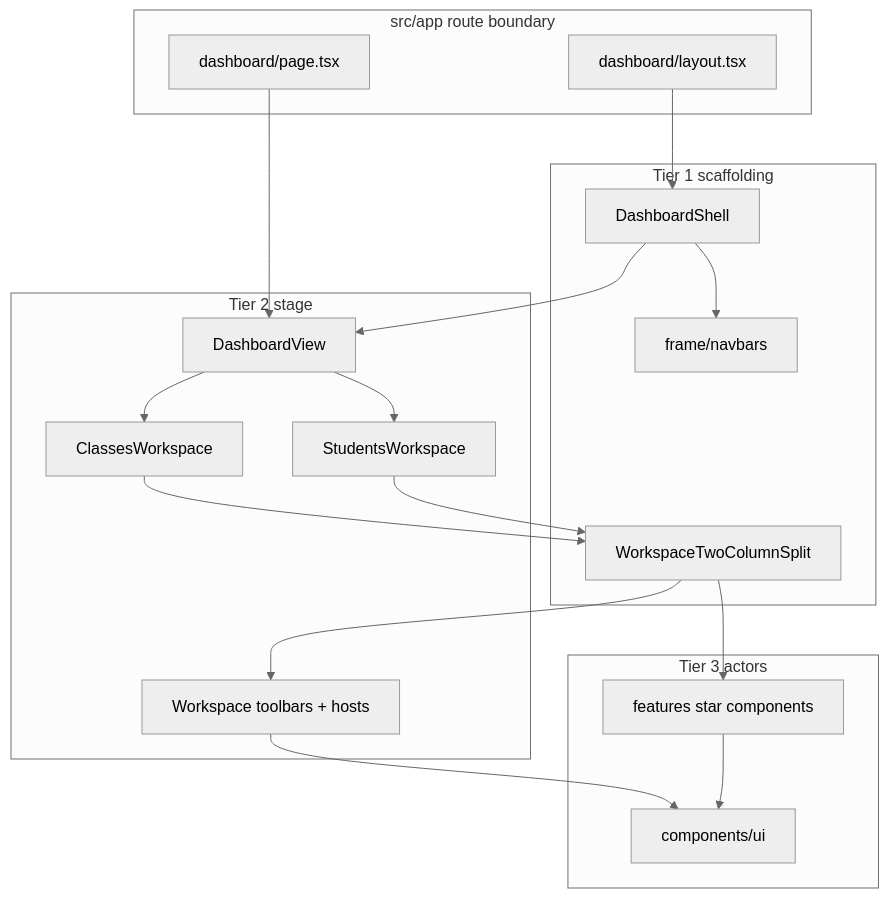
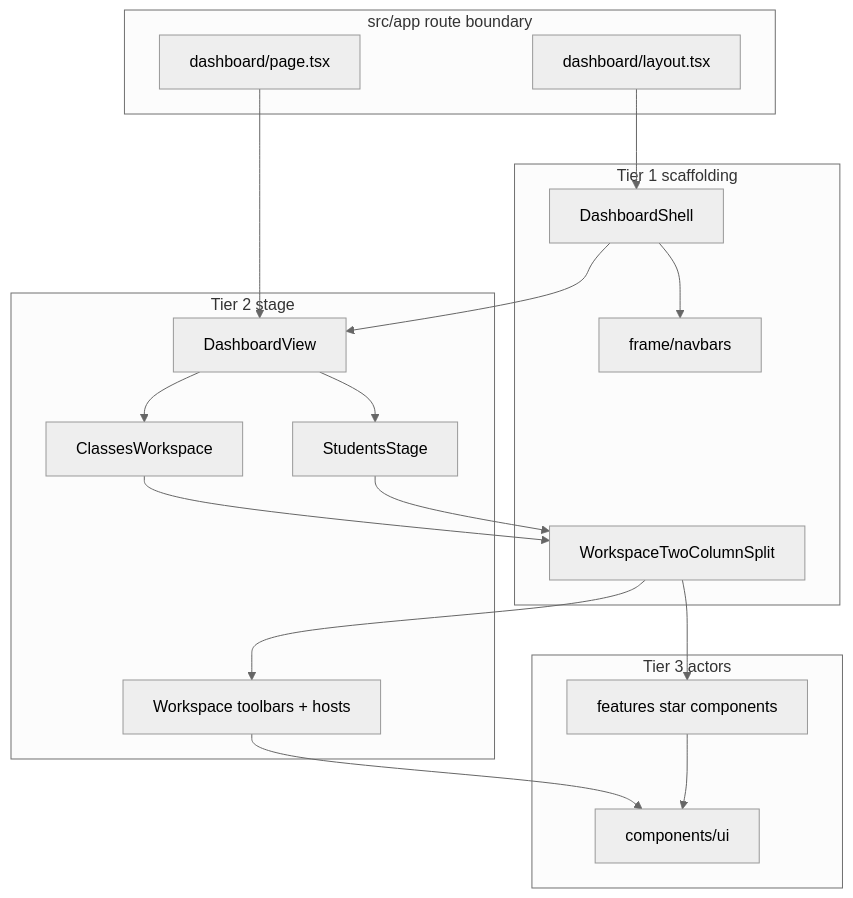
Before and after one commit to kisdreamteam/KIS-Points-V2-Live: the diagram in docs/visual-layer-map.md, drawn with Mermaid (neutral theme). The commit also changed other lines of this file and 14 other files, not shown here.

First line of the commit message:
refactor(students,seating): align stage and workspace naming

````diff
--- a/docs/visual-layer-map.md
+++ b/docs/visual-layer-map.md
@@ -32,34 +32,34 @@
 ```mermaid
 flowchart TD
   subgraph routes [src/app route boundary]
     DL[dashboard/layout.tsx]
     DP[dashboard/page.tsx]
   end
   subgraph t1 [Tier 1 scaffolding]
     DS[DashboardShell]
     FN[frame/navbars]
     W2[WorkspaceTwoColumnSplit]
   end
   subgraph t2 [Tier 2 stage]
     DV[DashboardView]
     CW[ClassesWorkspace]
-    SW[StudentsWorkspace]
+    SW[StudentsStage]
     TB[Workspace toolbars + hosts]
   end
   subgraph t3 [Tier 3 actors]
     UI[components/ui]
     FC[features star components]
   end
   DL --> DS
   DP --> DV
   DS --> FN
   DS --> DV
   DV --> CW
   DV --> SW
   CW --> W2
   SW --> W2
   W2 --> TB
   W2 --> FC
   TB --> UI
   FC --> UI
 ```
````
